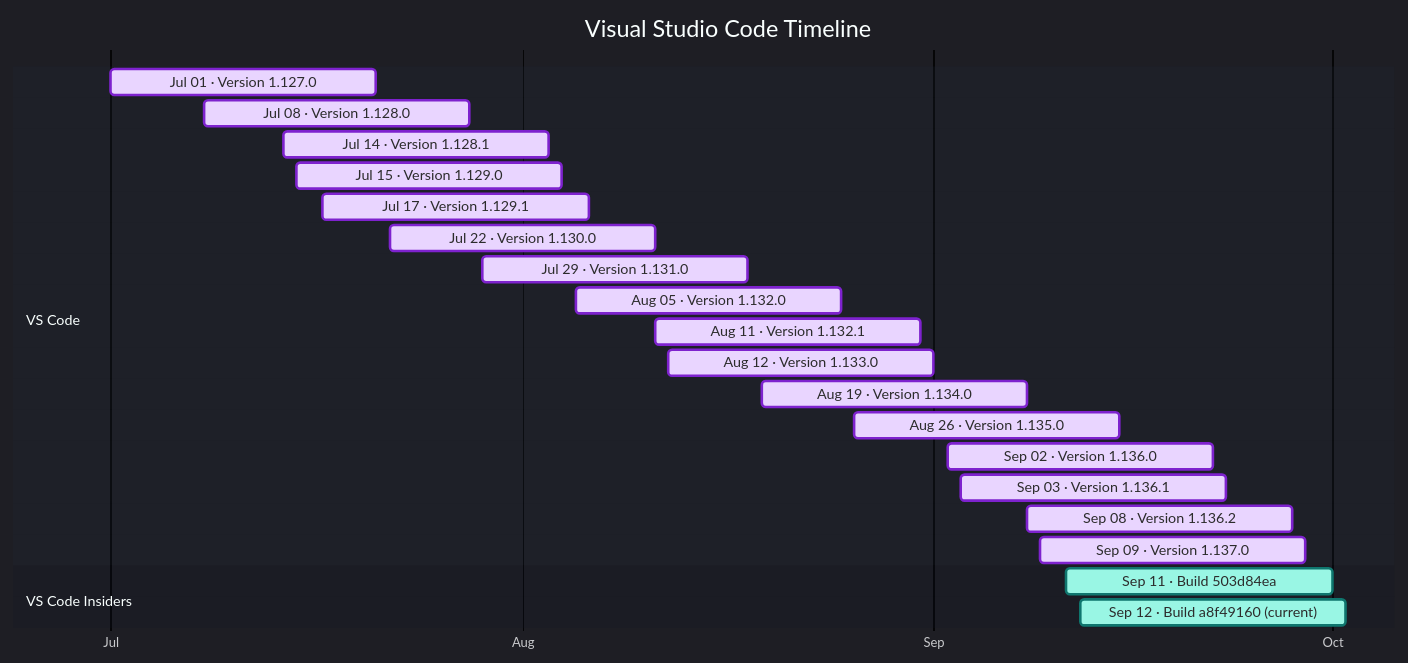
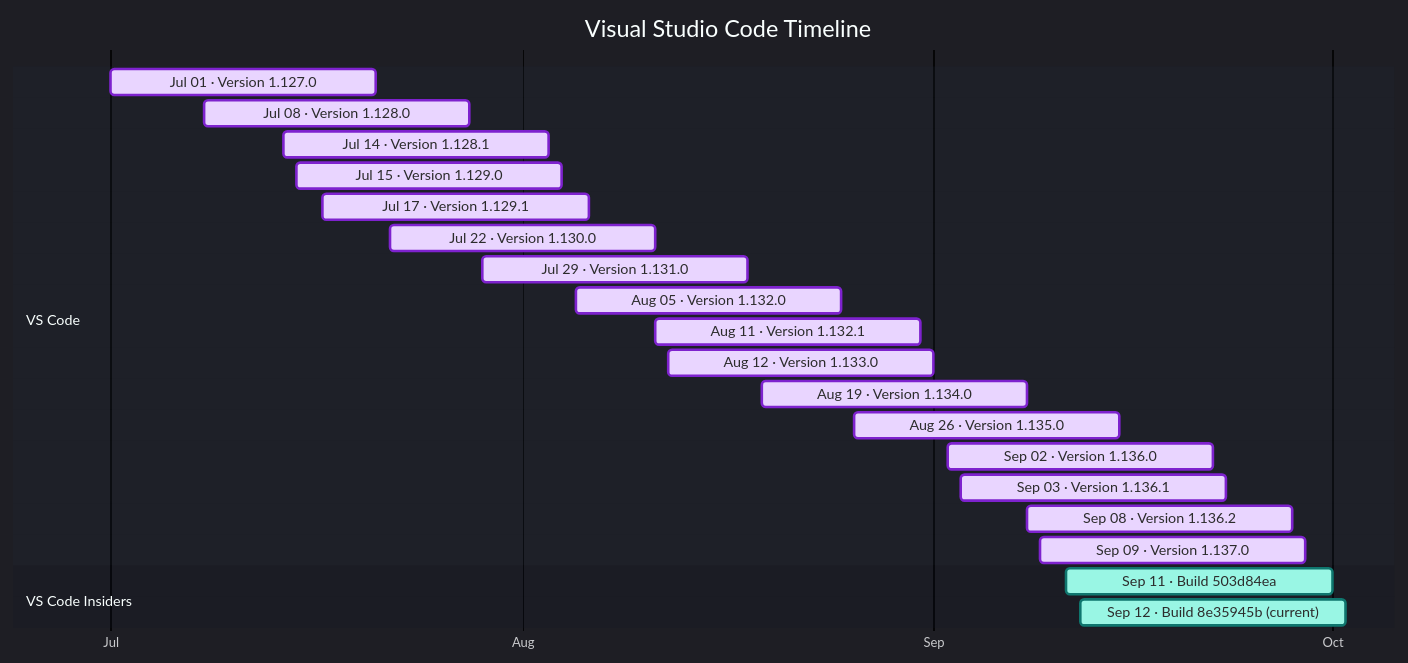
The diagram in docs/vscode.md (Oxelya-DevTools/VisualStudioUpdate), drawn with Mermaid before and after one commit. The commit also changed other lines of this file and 1 other file, not shown here.

````diff
--- a/docs/vscode.md
+++ b/docs/vscode.md
@@ -9,28 +9,28 @@
 ```mermaid
 %%{init: {'theme':'dark','themeVariables': { 'fontFamily': 'Segoe UI', 'fontSize': '24px', 'textColor': '#F3F4F6', 'titleTextColor': '#FFFFFF', 'taskTextColor': '#111827', 'taskTextLightColor': '#111827', 'taskTextOutsideColor': '#F3F4F6', 'taskBkgColor': '#BAE6FD', 'taskBorderColor': '#0369A1', 'doneTaskBkgColor': '#E9D5FF', 'doneTaskBorderColor': '#7E22CE', 'activeTaskBkgColor': '#99F6E4', 'activeTaskBorderColor': '#0F766E', 'critTaskBkgColor': '#FED7AA', 'critTaskBorderColor': '#C2410C', 'sectionBkgColor': '#1F2937', 'altSectionBkgColor': '#111827', 'gridColor': '#4B5563', 'todayLineColor': '#F87171' }}}%%
 gantt
     title Visual Studio Code Timeline
     dateFormat  YYYY-MM-DD
     axisFormat  %b
     tickInterval 1month
     section VS Code
     Jul 01 · Version 1.127.0 : done, vscode202607010, 2026-07-01, 20d
     Jul 08 · Version 1.128.0 : done, vscode202607081, 2026-07-08, 20d
     Jul 14 · Version 1.128.1 : done, vscode202607142, 2026-07-14, 20d
     Jul 15 · Version 1.129.0 : done, vscode202607153, 2026-07-15, 20d
     Jul 17 · Version 1.129.1 : done, vscode202607174, 2026-07-17, 20d
     Jul 22 · Version 1.130.0 : done, vscode202607225, 2026-07-22, 20d
     Jul 29 · Version 1.131.0 : done, vscode202607296, 2026-07-29, 20d
     Aug 05 · Version 1.132.0 : done, vscode202608057, 2026-08-05, 20d
     Aug 11 · Version 1.132.1 : done, vscode202608118, 2026-08-11, 20d
     Aug 12 · Version 1.133.0 : done, vscode202608129, 2026-08-12, 20d
     Aug 19 · Version 1.134.0 : done, vscode2026081910, 2026-08-19, 20d
     Aug 26 · Version 1.135.0 : done, vscode2026082611, 2026-08-26, 20d
     Sep 02 · Version 1.136.0 : done, vscode2026090212, 2026-09-02, 20d
     Sep 03 · Version 1.136.1 : done, vscode2026090313, 2026-09-03, 20d
     Sep 08 · Version 1.136.2 : done, vscode2026090814, 2026-09-08, 20d
     Sep 09 · Version 1.137.0 : done, vscode2026090915, 2026-09-09, 20d
     section VS Code Insiders
     Sep 11 · Build 503d84ea : active, vscodeinsiders202609110, 2026-09-11, 20d
-    Sep 12 · Build a8f49160 (current) : active, vscodeinsiders202609121, 2026-09-12, 20d
+    Sep 12 · Build 8e35945b (current) : active, vscodeinsiders202609121, 2026-09-12, 20d
 ```
````
